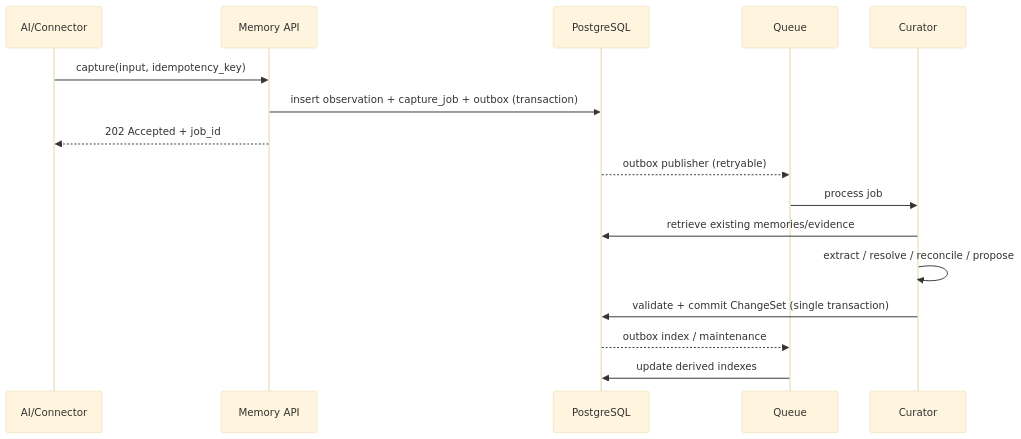
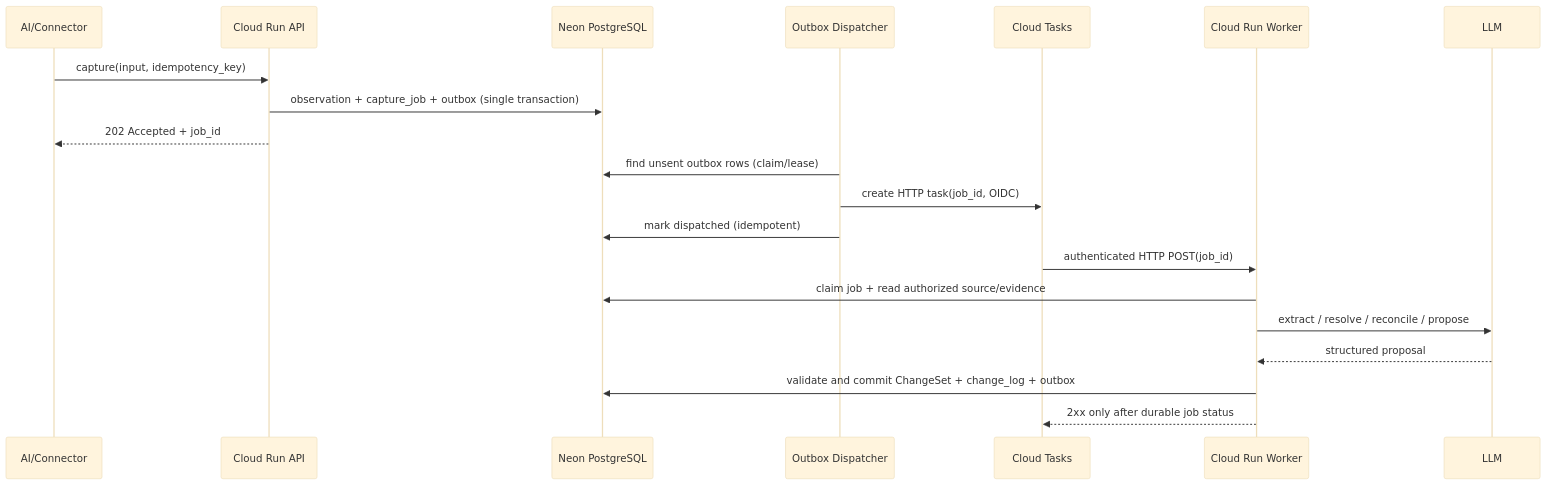
The second of 3 diagrams in ARCHITECTURE.md (takezoh/syntoria-lore), drawn with Mermaid (base theme) before and after one commit. The commit also changed other lines of this file and 4 other files, not shown here.

Commit message:
docs: adopt GCP Cloud Run, Cloud Tasks, Scheduler and Neon

````diff
--- a/ARCHITECTURE.md
+++ b/ARCHITECTURE.md
@@ -159,18 +181,22 @@
 ```mermaid
 sequenceDiagram
     participant AI as AI/Connector
-    participant API as Memory API
-    participant DB as PostgreSQL
-    participant Q as Queue
-    participant CUR as Curator
+    participant API as Cloud Run API
+    participant DB as Neon PostgreSQL
+    participant D as Outbox Dispatcher
+    participant Q as Cloud Tasks
+    participant W as Cloud Run Worker
+    participant L as LLM
     AI->>API: capture(input, idempotency_key)
-    API->>DB: insert observation + capture_job + outbox (transaction)
+    API->>DB: observation + capture_job + outbox (single transaction)
     API-->>AI: 202 Accepted + job_id
-    DB-->>Q: outbox publisher (retryable)
-    Q->>CUR: process job
-    CUR->>DB: retrieve existing memories/evidence
-    CUR->>CUR: extract / resolve / reconcile / propose
-    CUR->>DB: validate + commit ChangeSet (single transaction)
-    DB-->>Q: outbox index / maintenance
-    Q->>DB: update derived indexes
+    D->>DB: find unsent outbox rows (claim/lease)
+    D->>Q: create HTTP task(job_id, OIDC)
+    D->>DB: mark dispatched (idempotent)
+    Q->>W: authenticated HTTP POST(job_id)
+    W->>DB: claim job + read authorized source/evidence
+    W->>L: extract / resolve / reconcile / propose
+    L-->>W: structured proposal
+    W->>DB: validate and commit ChangeSet + change_log + outbox
+    W-->>Q: 2xx only after durable job status
 ```
````
